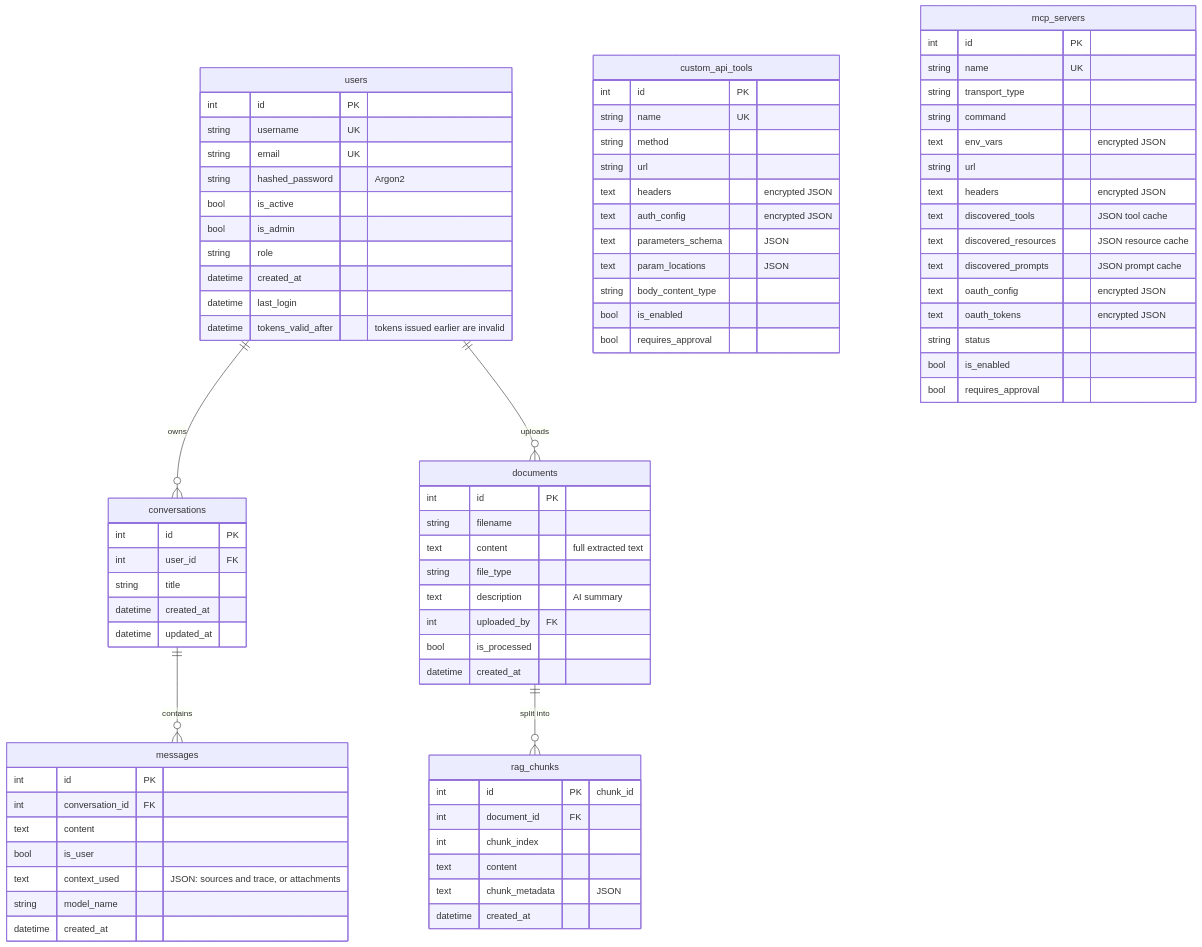
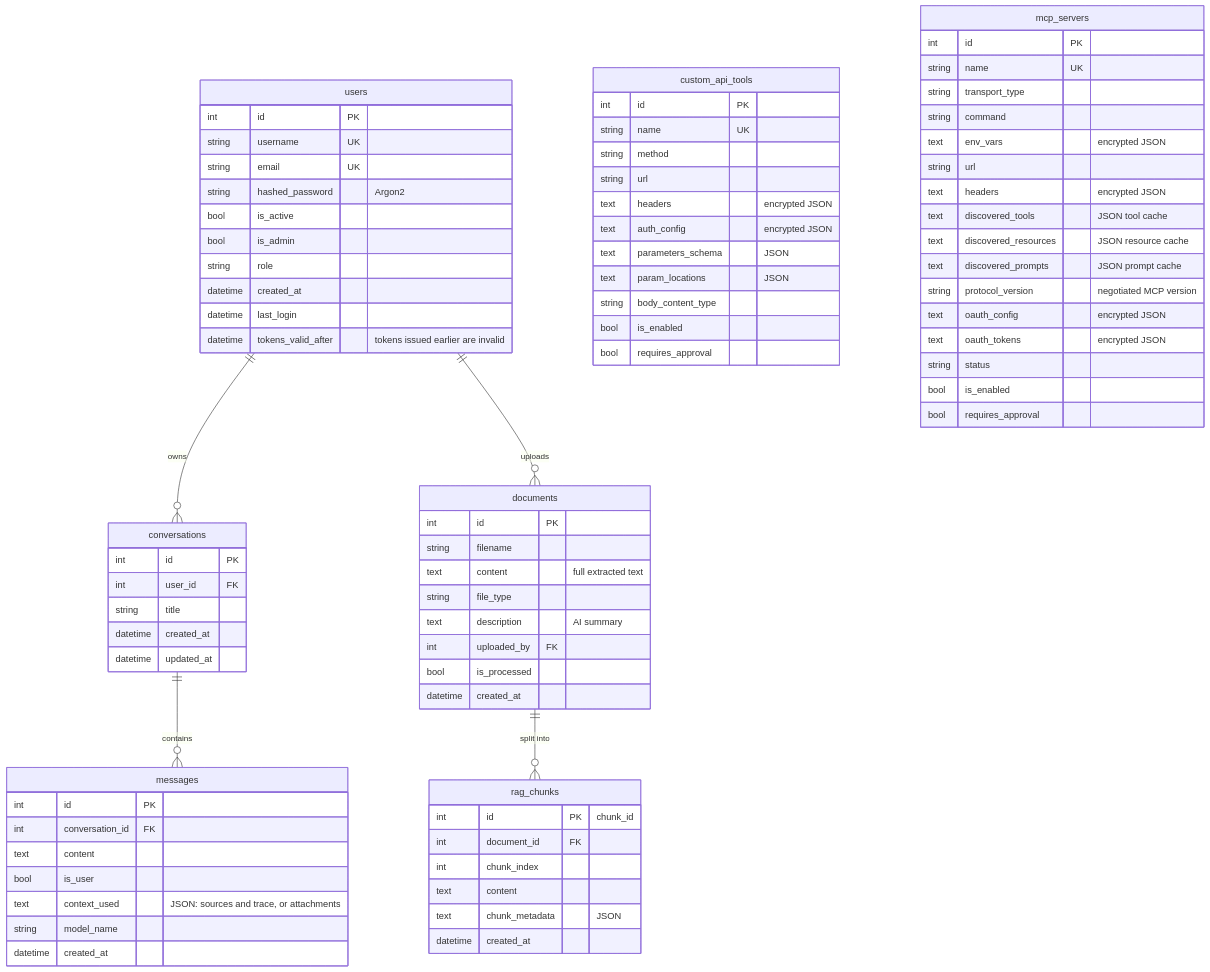
One commit to Scorpio-meow/AskMiao changed the third of 9 diagrams in docs/architecture_en.md. Above: the diagram before and after it, drawn with Mermaid. The commit also changed other lines of this file and 38 other files, not shown here.

```diff
--- a/docs/architecture_en.md
+++ b/docs/architecture_en.md
@@ -217,6 +217,7 @@
         text discovered_tools "JSON tool cache"
         text discovered_resources "JSON resource cache"
         text discovered_prompts "JSON prompt cache"
+        string protocol_version "negotiated MCP version"
         text oauth_config "encrypted JSON"
         text oauth_tokens "encrypted JSON"
         string status
```
